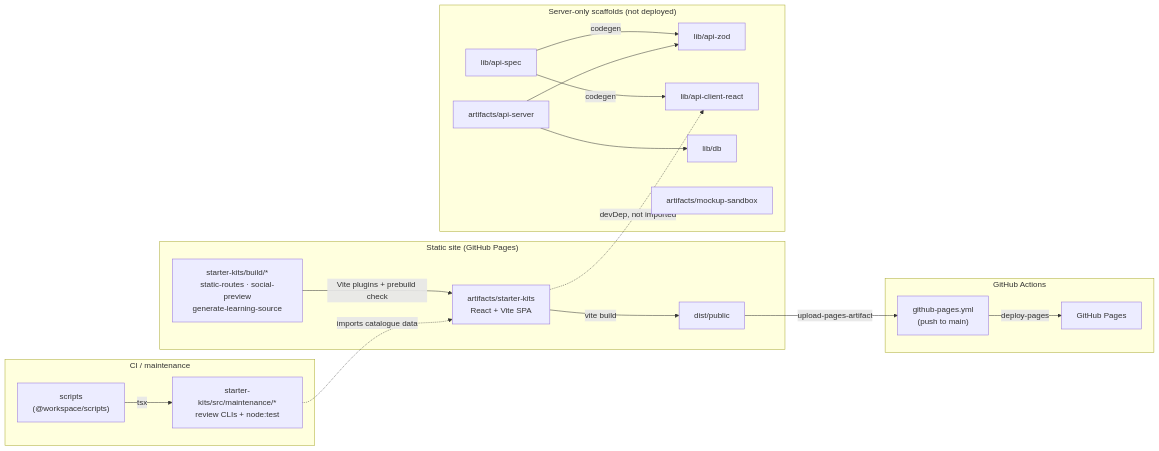
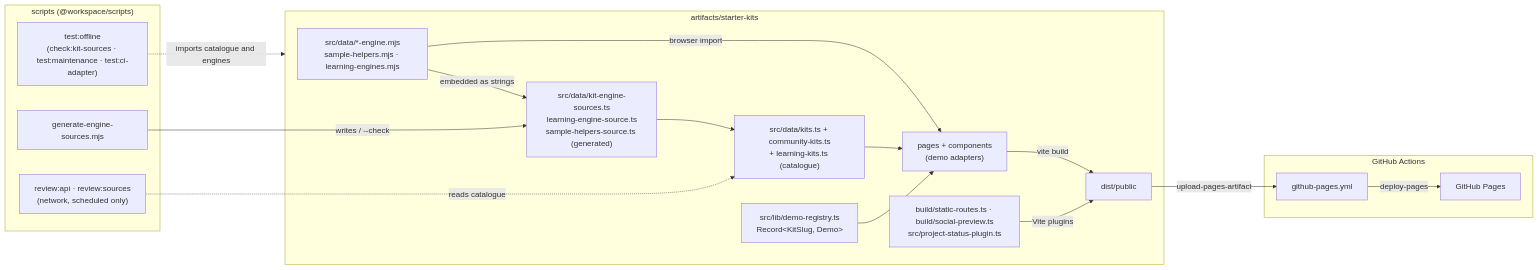
One commit to Investec-Developer-Community/investec-developer-starter-kits changed the diagram in docs/ARCHITECTURE.md. Above: the diagram before and after it, drawn with Mermaid. The commit also changed other lines of this file and 231 other files, not shown here.

First line of the commit message:
Simplify and harden Launchpad architecture (#27)

````diff
--- a/docs/ARCHITECTURE.md
+++ b/docs/ARCHITECTURE.md
@@ -27,39 +23,35 @@
 ```mermaid
 flowchart LR
-  subgraph SITE["Static site (GitHub Pages)"]
-    SKB["starter-kits/build/*<br/>static-routes · social-preview<br/>generate-learning-source"]
-    SK["artifacts/starter-kits<br/>React + Vite SPA"]
+  subgraph SITE["artifacts/starter-kits"]
+    ENG["src/data/*-engine.mjs<br/>sample-helpers.mjs · learning-engines.mjs"]
+    GEN["src/data/kit-engine-sources.ts<br/>learning-engine-source.ts<br/>sample-helpers-source.ts (generated)"]
+    CAT["src/data/kits.ts + community-kits.ts<br/>+ learning-kits.ts (catalogue)"]
+    REG["src/lib/demo-registry.ts<br/>Record&lt;KitSlug, Demo&gt;"]
+    UI["pages + components<br/>(demo adapters)"]
+    PLUG["build/static-routes.ts · build/social-preview.ts<br/>src/project-status-plugin.ts"]
     DIST["dist/public"]
-    SKB -->|Vite plugins + prebuild check| SK
-    SK -->|vite build| DIST
+    ENG -->|browser import| UI
+    ENG -->|embedded as strings| GEN
+    GEN --> CAT
+    CAT --> UI
+    REG --> UI
+    UI -->|vite build| DIST
+    PLUG -->|Vite plugins| DIST
   end
 
-  subgraph MAINT["CI / maintenance"]
-    SC["scripts<br/>(@workspace/scripts)"]
-    MT["starter-kits/src/maintenance/*<br/>review CLIs + node:test"]
-    SC -->|tsx| MT
-    MT -.->|imports catalogue data| SK
+  subgraph TOOLS["scripts (@workspace/scripts)"]
+    G["generate-engine-sources.mjs"]
+    T["test:offline<br/>(check:kit-sources · test:maintenance · test:ci-adapter)"]
+    R["review:api · review:sources<br/>(network, scheduled only)"]
   end
-
-  subgraph SERVER["Server-only scaffolds (not deployed)"]
-    SPEC["lib/api-spec"]
-    ZOD["lib/api-zod"]
-    ACR["lib/api-client-react"]
-    DB["lib/db"]
-    API["artifacts/api-server"]
-    MOCK["artifacts/mockup-sandbox"]
-    SPEC -->|codegen| ZOD
-    SPEC -->|codegen| ACR
-    API --> ZOD
-    API --> DB
-  end
-
-  SK -. "devDep, not imported" .-> ACR
+  G -->|writes / --check| GEN
+  T -.->|imports catalogue and engines| SITE
+  R -.->|reads catalogue| CAT
 
   subgraph GHA["GitHub Actions"]
-    PAGES["github-pages.yml<br/>(push to main)"]
+    PAGES["github-pages.yml"]
     GH["GitHub Pages"]
   end
   DIST -->|upload-pages-artifact| PAGES
   PAGES -->|deploy-pages| GH
 ```
````
